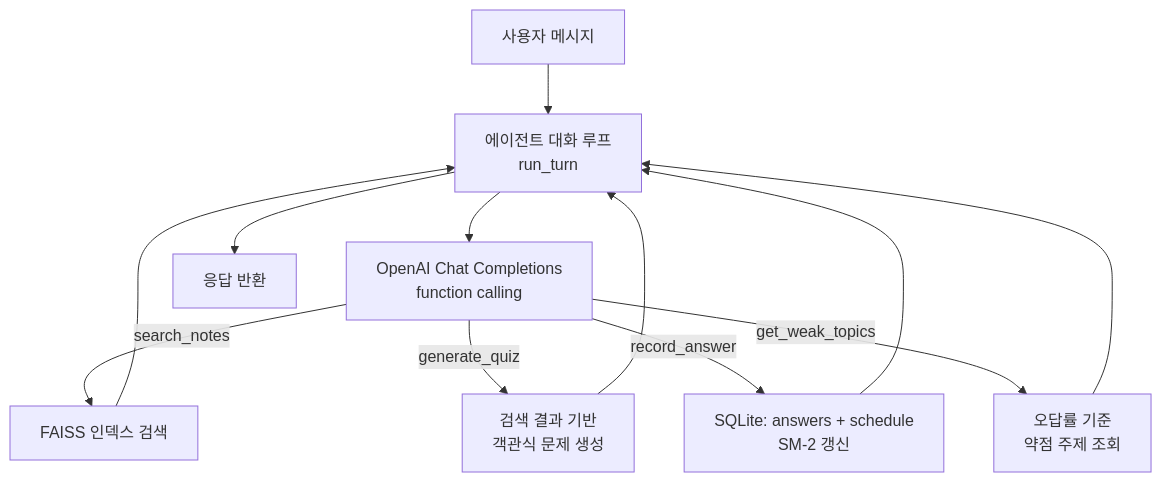
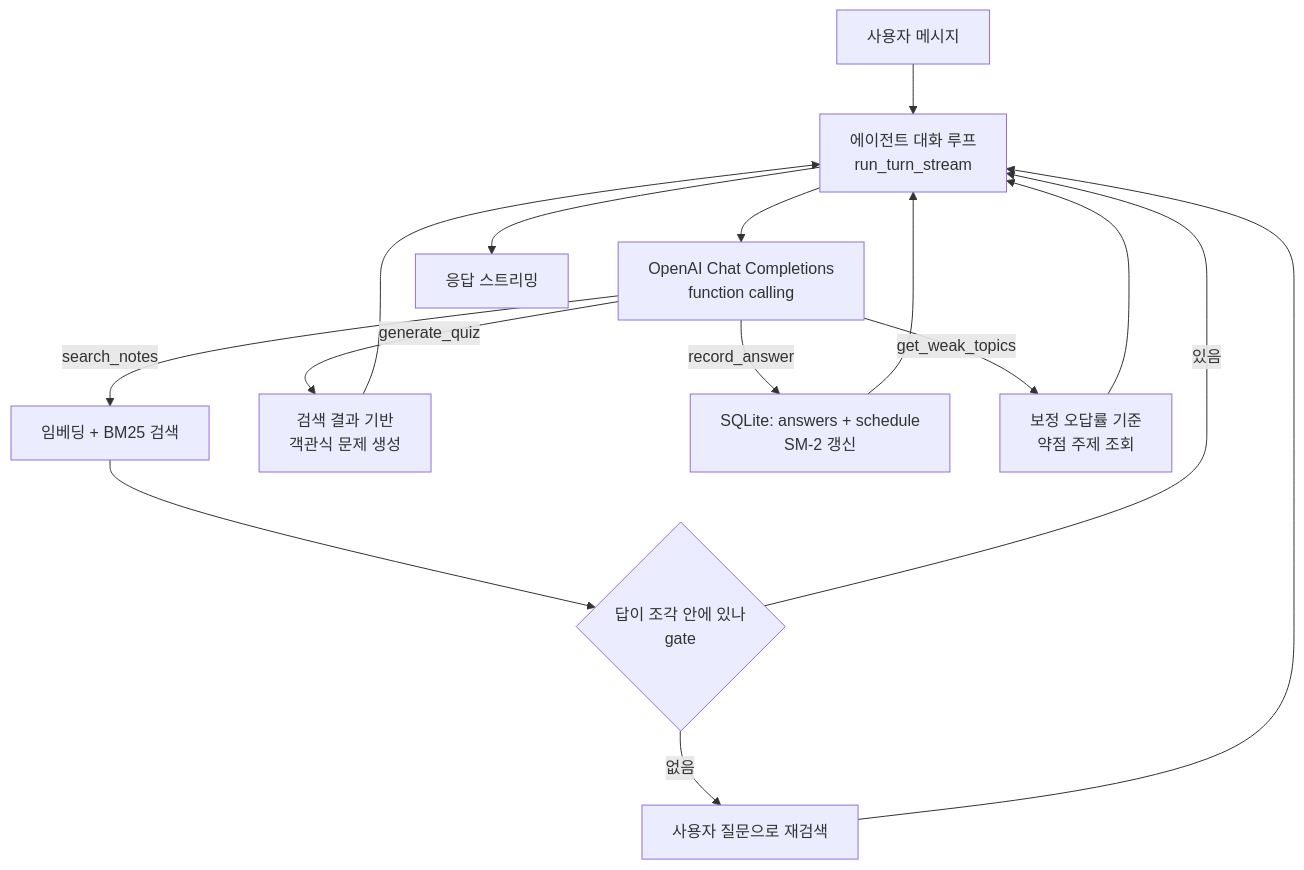
One commit to Gwakgarin/study-agent changed the first of 2 diagrams in README.md. Above: the diagram before and after it, drawn with Mermaid. The commit also changed other lines of this file and 6 other files, not shown here.

````diff
--- a/README.md
+++ b/README.md
@@ -81,14 +86,17 @@
 ```mermaid
 flowchart TD
-    U[사용자 메시지] --> A[에이전트 대화 루프<br/>run_turn]
+    U[사용자 메시지] --> A[에이전트 대화 루프<br/>run_turn_stream]
     A --> M[OpenAI Chat Completions<br/>function calling]
-    M -->|search_notes| S[FAISS 인덱스 검색]
+    M -->|search_notes| S[임베딩 + BM25 검색]
+    S --> G{답이 조각 안에 있나<br/>gate}
+    G -->|없음| R2[사용자 질문으로 재검색]
     M -->|generate_quiz| Q[검색 결과 기반<br/>객관식 문제 생성]
     M -->|record_answer| R[SQLite: answers + schedule<br/>SM-2 갱신]
-    M -->|get_weak_topics| W[오답률 기준<br/>약점 주제 조회]
-    S --> A
+    M -->|get_weak_topics| W[보정 오답률 기준<br/>약점 주제 조회]
+    G -->|있음| A
+    R2 --> A
     Q --> A
     R --> A
     W --> A
-    A --> O[응답 반환]
+    A --> O[응답 스트리밍]
 ```
````
